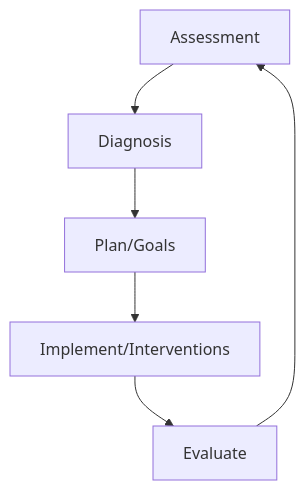
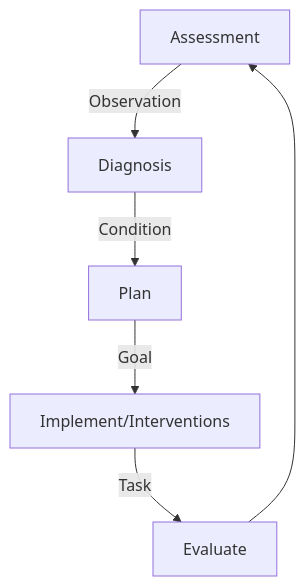
Before and after one commit to Virtually-Healthcare/virtually-healthcare.github.com: the diagram in input/pagecontent/index.md, drawn with Mermaid.

Commit message:
Mermaid diagram

````diff
--- a/input/pagecontent/index.md
+++ b/input/pagecontent/index.md
@@ -13,8 +13,8 @@
 ```mermaid
 graph TD;
-    A[Assessment]-->B;
-    B[Diagnosis]-->C;
-    C[Plan/Goals]-->D;
-    D[Implement/Interventions]-->E;
+    A[Assessment]-->|Observation| B;
+    B[Diagnosis]-->|Condition| C;
+    C[Plan]-->|Goal| D;
+    D[Implement/Interventions]-->|Task| E;
     E[Evaluate]-->A;
 ```
````
